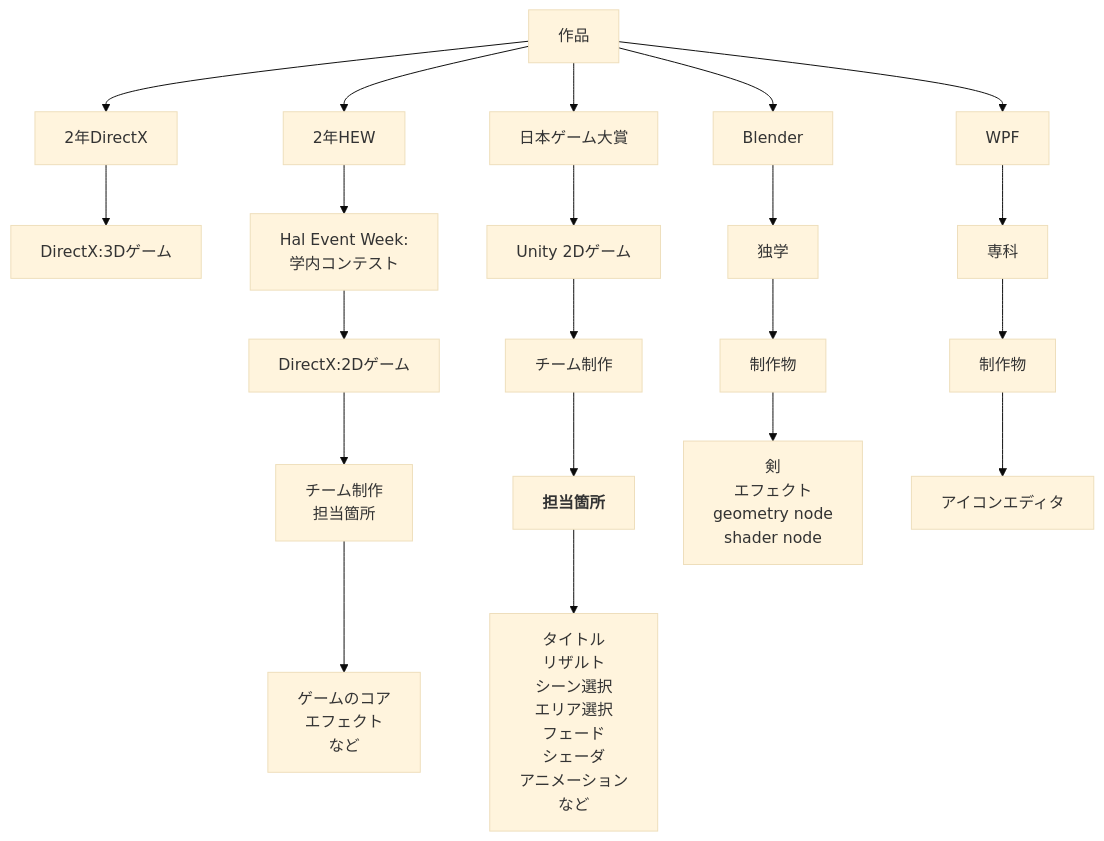
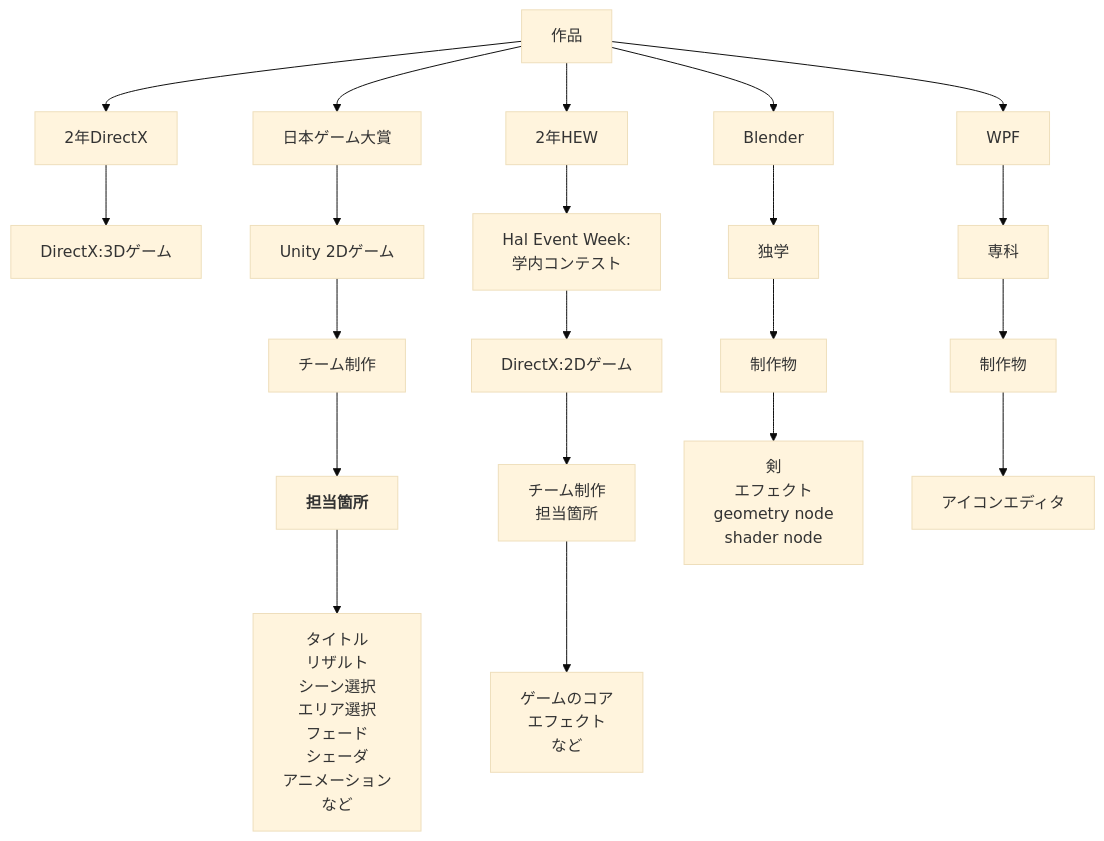
Before and after one commit to yuta6686/ForEntrySheets_yuta6686: the diagram in README.md, drawn with Mermaid (base theme).

````diff
--- a/README.md
+++ b/README.md
@@ -3,27 +3,27 @@
 ```mermaid
 graph TB
 	all[作品]
 	dx2[2年DirectX]
 	hew2[2年HEW]
 	ngt[日本ゲーム大賞]
 	bld[Blender]
 	wpf[WPF]
 
-	all --> dx2
+	all --> ngt
 	all --> hew2
-	all --> ngt
+	all --> dx2	
 	all --> bld
 	all --> wpf
 
 	dx2 --> dx2_sum1[DirectX:3Dゲーム]
 	hew2 --> hew2_sum1[Hal Event Week:</br>学内コンテスト]-->hew2_sum2[DirectX:2Dゲーム]
 	--> hew2_sum3[チーム制作<br>担当箇所]
 	--> hew2_sum4[ゲームのコア<br>エフェクト<br>など]
 	ngt --> ngt_sum1[Unity 2Dゲーム] --> 
 	ntg_sum1[チーム制作<br>]-->ntg_sum2.5[<b>担当箇所</b>]-->
 	ngt_sum2[タイトル<br>リザルト<br>シーン選択<br>エリア選択<br>フェード<br>シェーダ<br>アニメーション<br>など]
 	bld-->bld_sum1[独学]-->bld_sum2[制作物]-->
 	bld_sum3[剣 </br>エフェクト </br>geometry node </br>shader node]
 	wpf-->wpf_sum1[専科]-->wpf_sum2[制作物]-->wpf_sum3[アイコンエディタ]
 	
 ```
````
